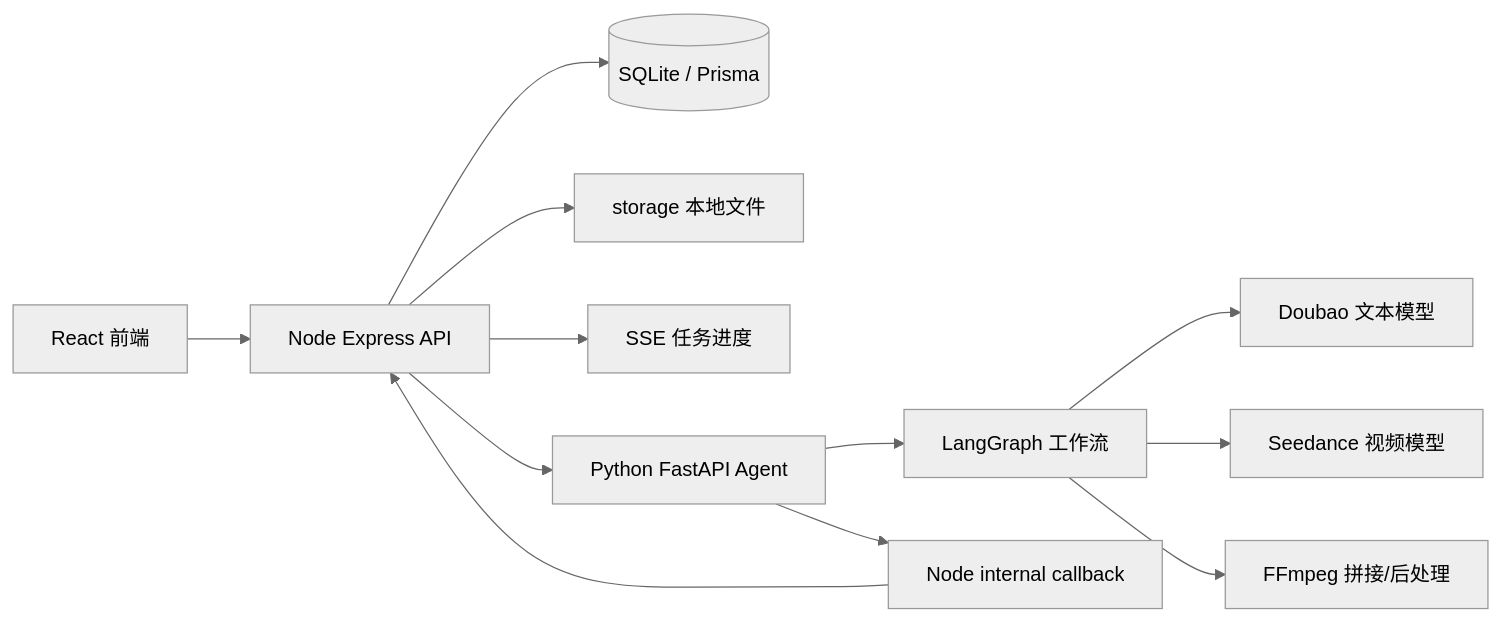
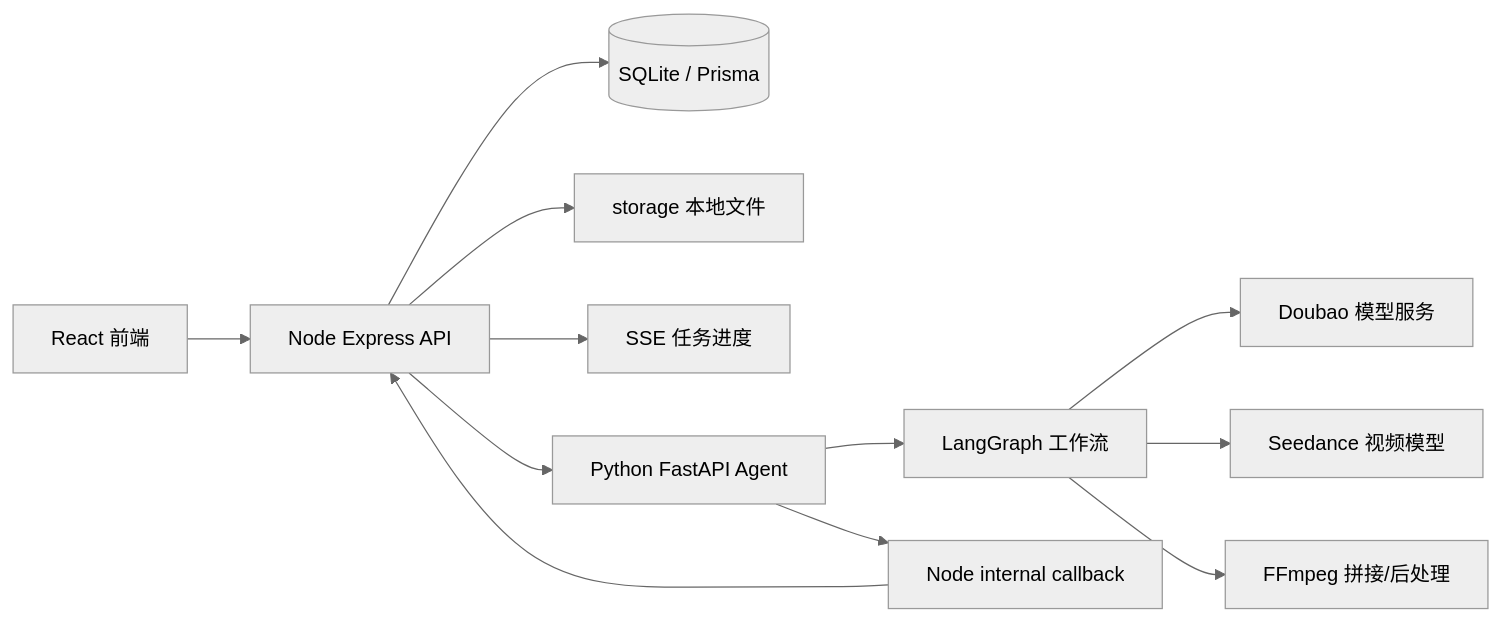
Before and after one commit to xiaoyugangg/tiktok_shop: the first of 17 diagrams in docs/项目讲解.md, drawn with Mermaid (neutral theme). The commit also changed other lines of this file and 46 other files, not shown here.

````diff
--- a/docs/项目讲解.md
+++ b/docs/项目讲解.md
@@ -120,14 +124,14 @@
 ```mermaid
 flowchart LR
   Web[React 前端] --> API[Node Express API]
   API --> DB[(SQLite / Prisma)]
   API --> Storage[storage 本地文件]
   API --> SSE[SSE 任务进度]
   API --> Agent[Python FastAPI Agent]
   Agent --> LangGraph[LangGraph 工作流]
-  LangGraph --> TextModel[Doubao 文本模型]
+  LangGraph --> TextModel[Doubao 模型服务]
   LangGraph --> VideoModel[Seedance 视频模型]
   LangGraph --> FFMPEG[FFmpeg 拼接/后处理]
   Agent --> Callback[Node internal callback]
   Callback --> API
 ```
````
